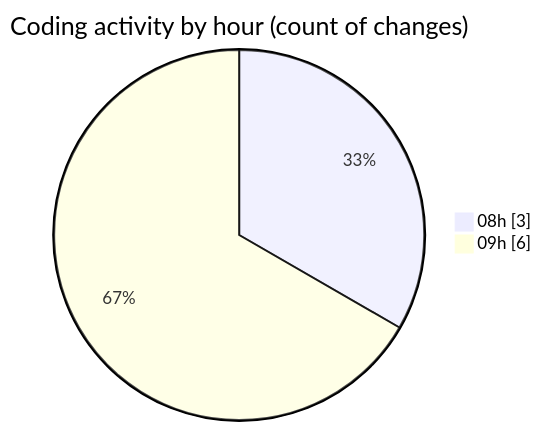
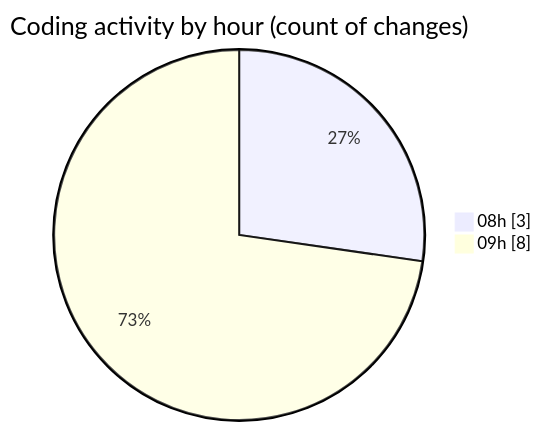
One commit to Unknowalive/code-tracking changed the second of 2 diagrams in 2026-09-03/web_tec_2026/README.md. Above: the diagram before and after it, drawn with Mermaid. The commit also changed other lines of this file and 1 other file, not shown here.

````diff
--- a/2026-09-03/web_tec_2026/README.md
+++ b/2026-09-03/web_tec_2026/README.md
@@ -35,6 +35,6 @@
 ```mermaid
 pie showData
 title Coding activity by hour (count of changes)
 "08h" : 3
-"09h" : 6
+"09h" : 8
 ```
````
